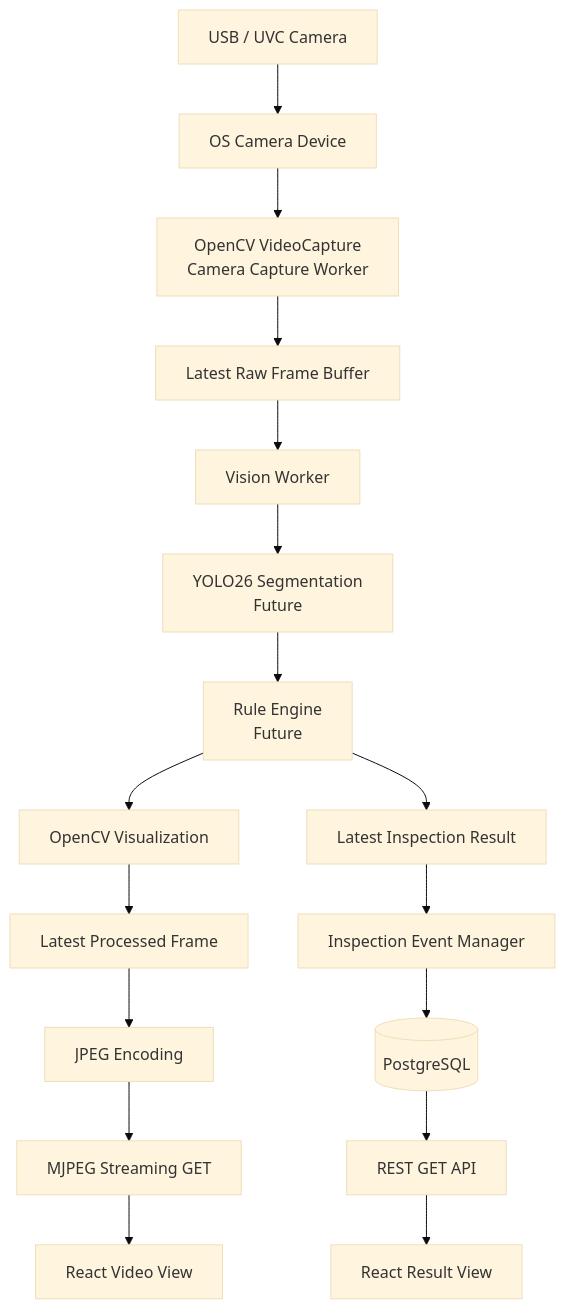
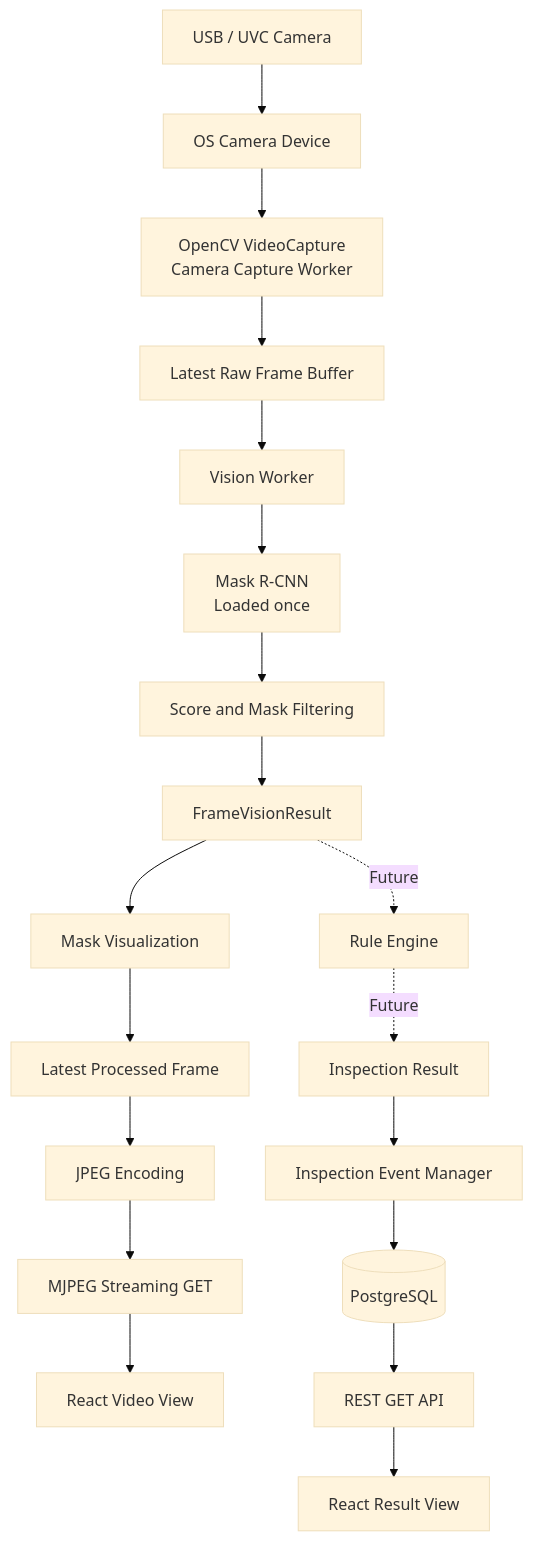
One commit to sungone/vision_final_project changed the first of 2 diagrams in docs/ARCHITECTURE.md. Above: the diagram before and after it, drawn with Mermaid (base theme). The commit also changed other lines of this file and 327 other files, not shown here.

````diff
--- a/docs/ARCHITECTURE.md
+++ b/docs/ARCHITECTURE.md
@@ -11,21 +9,23 @@
 ```mermaid
 flowchart TD
     CAMERA[USB / UVC Camera] --> DEVICE[OS Camera Device]
     DEVICE --> CAPTURE[OpenCV VideoCapture\nCamera Capture Worker]
     CAPTURE --> RAW[Latest Raw Frame Buffer]
     RAW --> WORKER[Vision Worker]
-    WORKER --> YOLO[YOLO26 Segmentation\nFuture]
-    YOLO --> RULE[Rule Engine\nFuture]
-    RULE --> VIZ[OpenCV Visualization]
+    WORKER --> MODEL[Mask R-CNN\nLoaded once]
+    MODEL --> POST[Score and Mask Filtering]
+    POST --> STRUCTURED[FrameVisionResult]
+    STRUCTURED --> VIZ[Mask Visualization]
     VIZ --> FRAME[Latest Processed Frame]
-    RULE --> RESULT[Latest Inspection Result]
+    STRUCTURED -. Future .-> RULE[Rule Engine]
+    RULE -. Future .-> RESULT[Inspection Result]
 
     FRAME --> JPEG[JPEG Encoding]
     JPEG --> MJPEG[MJPEG Streaming GET]
     MJPEG --> REACT1[React Video View]
 
     RESULT --> EVENT[Inspection Event Manager]
     EVENT --> DB[(PostgreSQL)]
     DB --> REST[REST GET API]
     REST --> REACT2[React Result View]
 ```
````
